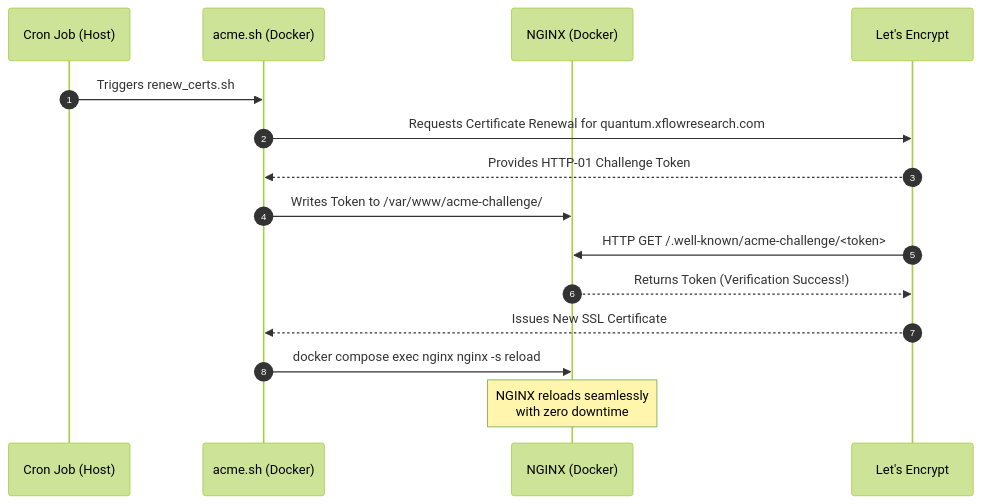
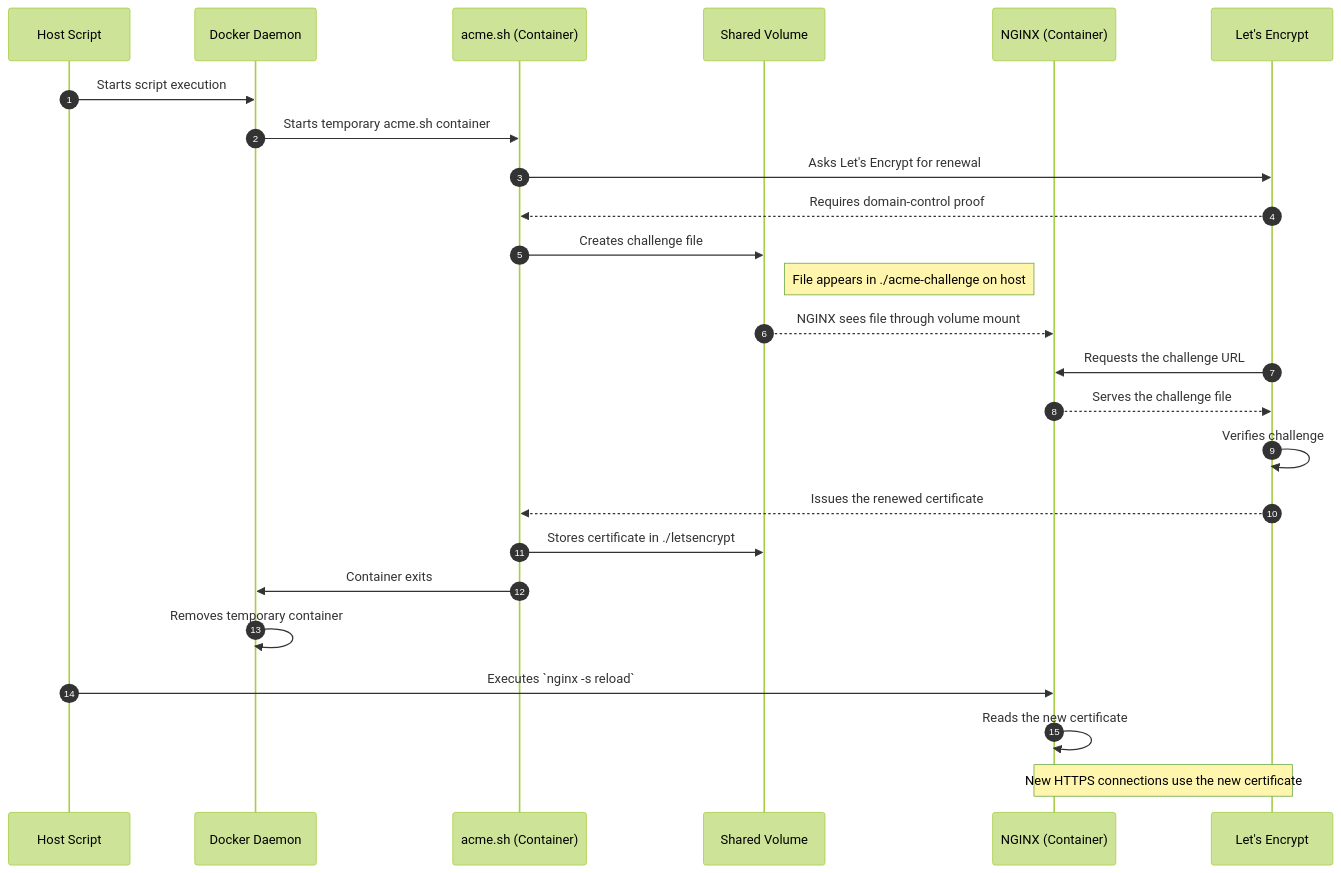
The fourth of 4 diagrams in quantum-website-conf/README.md (xFlowInternal/quantum), drawn with Mermaid (forest theme) before and after one commit. The commit also changed other lines of this file, not shown here.

Commit message:
update quantum-website NGINX conf readme

````diff
--- a/quantum-website-conf/README.md
+++ b/quantum-website-conf/README.md
@@ -152,18 +152,28 @@
 ```mermaid
 sequenceDiagram
     autonumber
-    participant Cron as Cron Job (Host)
-    participant ACME as acme.sh (Docker)
-    participant NGINX as NGINX (Docker)
+    participant Script as Host Script
+    participant Docker as Docker Daemon
+    participant ACME as acme.sh (Container)
+    participant Vol as Shared Volume
+    participant NGINX as NGINX (Container)
     participant LE as Let's Encrypt
 
-    Cron->>ACME: Triggers renew_certs.sh
-    ACME->>LE: Requests Certificate Renewal for quantum.xflowresearch.com
-    LE-->>ACME: Provides HTTP-01 Challenge Token
-    ACME->>NGINX: Writes Token to /var/www/acme-challenge/
-    LE->>NGINX: HTTP GET /.well-known/acme-challenge/<token>
-    NGINX-->>LE: Returns Token (Verification Success!)
-    LE-->>ACME: Issues New SSL Certificate
-    ACME->>NGINX: docker compose exec nginx nginx -s reload
-    Note over NGINX: NGINX reloads seamlessly<br/>with zero downtime
+    Script->>Docker: Starts script execution
+    Docker->>ACME: Starts temporary acme.sh container
+    ACME->>LE: Asks Let's Encrypt for renewal
+    LE-->>ACME: Requires domain-control proof
+    ACME->>Vol: Creates challenge file
+    Note right of Vol: File appears in ./acme-challenge on host
+    Vol-->>NGINX: NGINX sees file through volume mount
+    LE->>NGINX: Requests the challenge URL
+    NGINX-->>LE: Serves the challenge file
+    LE->>LE: Verifies challenge
+    LE-->>ACME: Issues the renewed certificate
+    ACME->>Vol: Stores certificate in ./letsencrypt
+    ACME->>Docker: Container exits
+    Docker->>Docker: Removes temporary container
+    Script->>NGINX: Executes `nginx -s reload`
+    NGINX->>NGINX: Reads the new certificate
+    Note over NGINX,LE: New HTTPS connections use the new certificate
 ```
````
